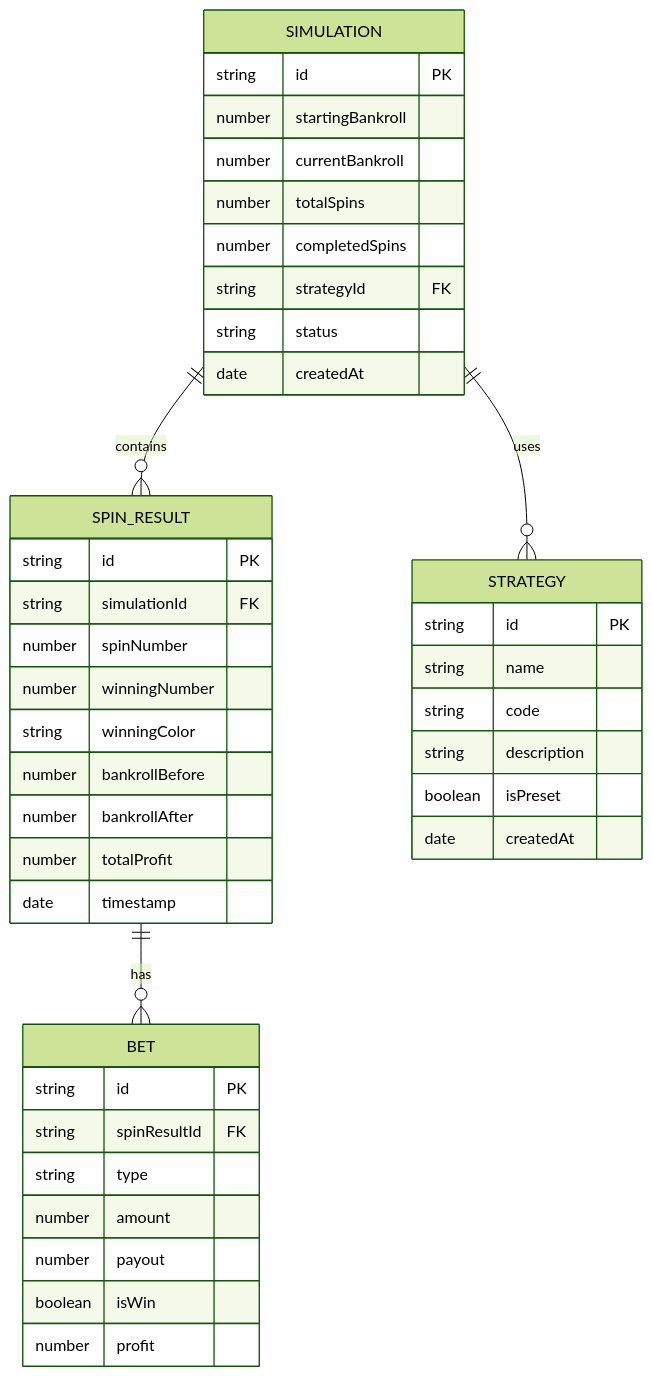
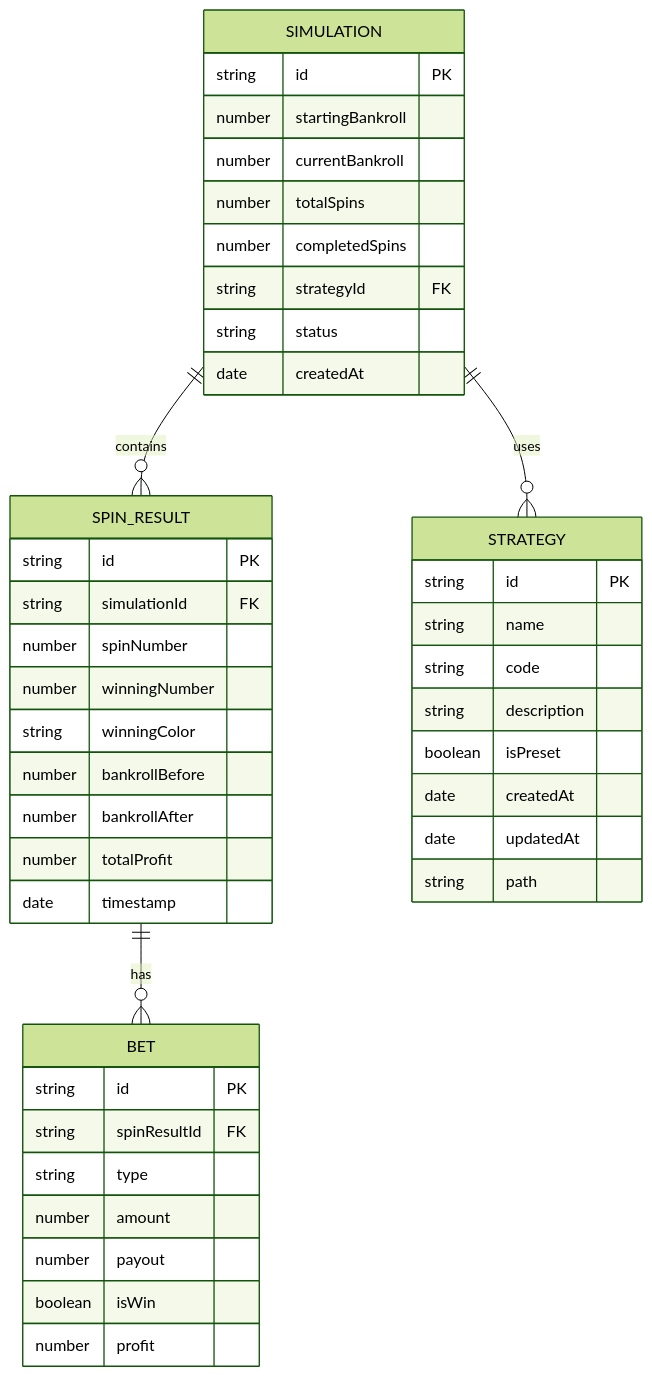
Before and after one commit to AlanDeYong/roulette-simulator: the third of 3 diagrams in docs/roulette-strategy-simulator-technical.md, drawn with Mermaid (forest theme). The commit also changed other lines of this file and 3 other files, not shown here.

````diff
--- a/docs/roulette-strategy-simulator-technical.md
+++ b/docs/roulette-strategy-simulator-technical.md
@@ -51,48 +75,50 @@
 ```mermaid
 erDiagram
     SIMULATION ||--o{ SPIN_RESULT : contains
     SIMULATION ||--o{ STRATEGY : uses
     SPIN_RESULT ||--o{ BET : has
     
     SIMULATION {
         string id PK
         number startingBankroll
         number currentBankroll
         number totalSpins
         number completedSpins
         string strategyId FK
         string status
         date createdAt
     }
     
     SPIN_RESULT {
         string id PK
         string simulationId FK
         number spinNumber
         number winningNumber
         string winningColor
         number bankrollBefore
         number bankrollAfter
         number totalProfit
         date timestamp
     }
     
     STRATEGY {
         string id PK
         string name
         string code
         string description
         boolean isPreset
         date createdAt
+        date updatedAt
+        string path
     }
     
     BET {
         string id PK
         string spinResultId FK
         string type
         number amount
         number payout
         boolean isWin
         number profit
     }
 ```
````
